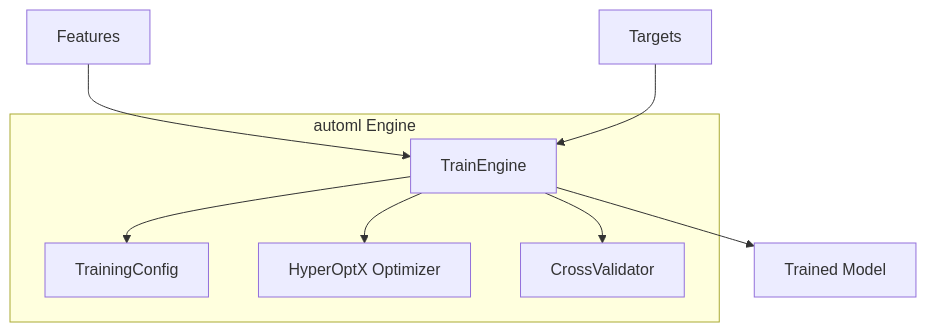
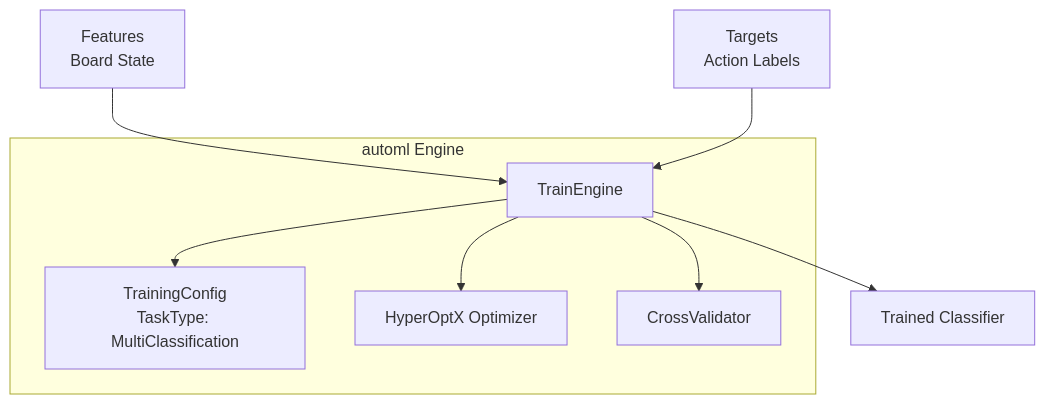
Before and after one commit to Evintkoo/2048-ml: the fourth of 8 diagrams in plan/05-Model/02-Training/01-training-pipeline.md, drawn with Mermaid. The commit also changed other lines of this file and 14 other files, not shown here.

````diff
--- a/plan/05-Model/02-Training/01-training-pipeline.md
+++ b/plan/05-Model/02-Training/01-training-pipeline.md
@@ -64,16 +64,16 @@
 ```mermaid
 flowchart TD
-    X[Features]
-    Y[Targets]
+    X[Features<br/>Board State]
+    Y[Targets<br/>Action Labels]
     
     X --> Engine[TrainEngine]
     Y --> Engine
-    Engine --> Model[Trained Model]
+    Engine --> Model[Trained Classifier]
     
     subgraph "automl Engine"
         Engine[TrainEngine]
-        Engine --> Config[TrainingConfig]
+        Engine --> Config[TrainingConfig<br/>TaskType: MultiClassification]
         Engine --> Optimizer[HyperOptX Optimizer]
         Engine --> CV[CrossValidator]
     end
 ```
````
